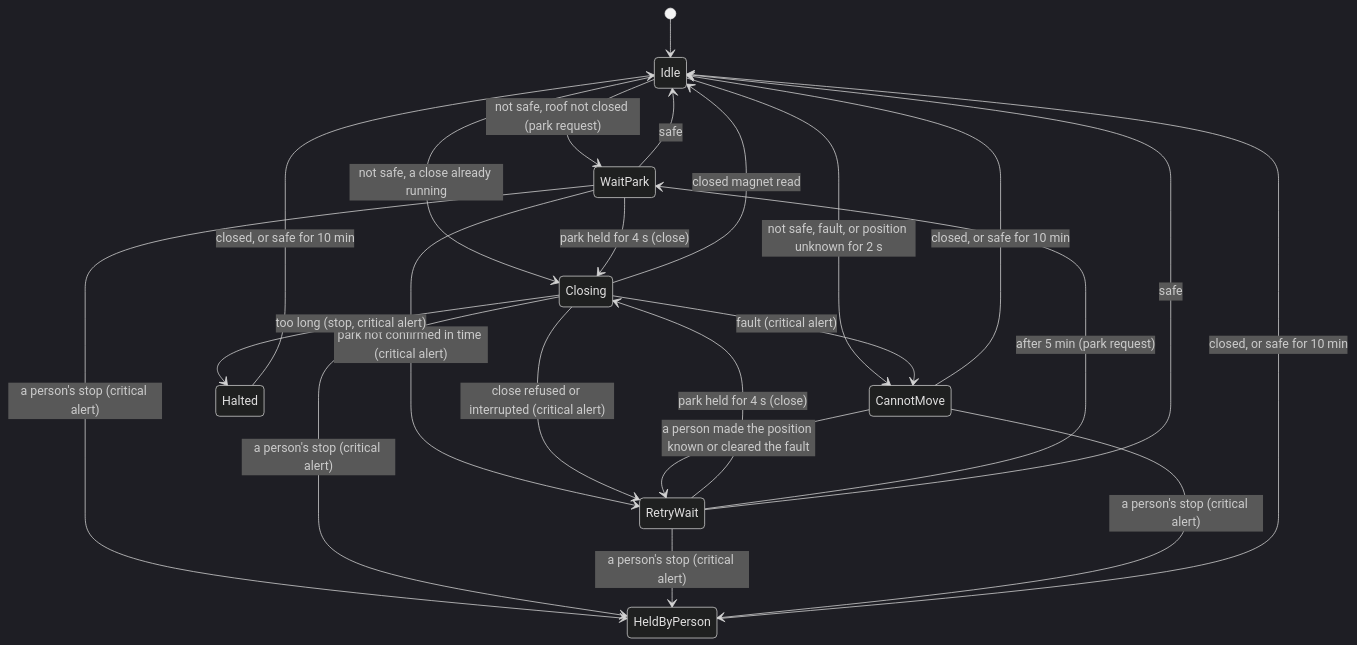
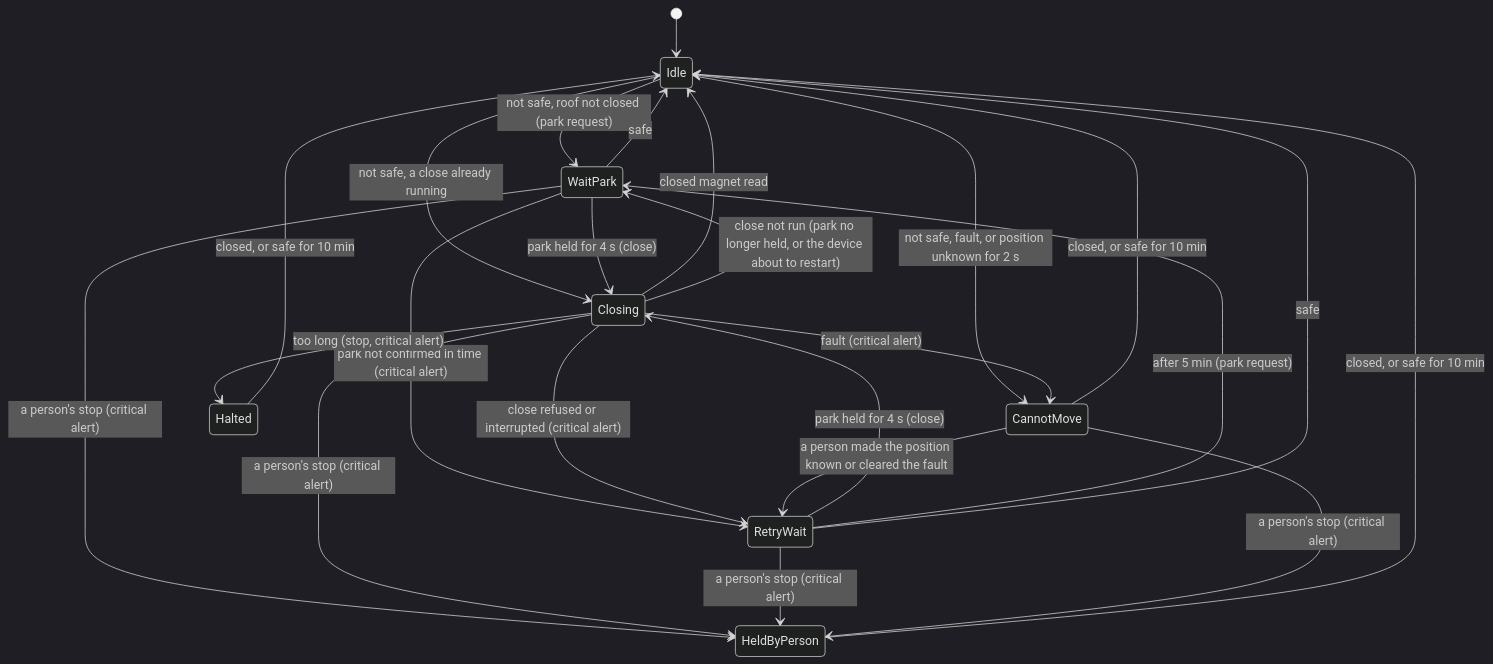
One commit to DeanJ87/RoofRoof changed the diagram in docs/user-guide/close-on-unsafe.md. Above: the diagram before and after it, drawn with Mermaid (dark theme). The commit also changed other lines of this file and 33 other files, not shown here.

Commit message:
010: review round 1 fixes - a committed restart is not a failed close, web UI uploads and scans wait for the close sequence, WiFi changes and scans hold a close, restart timer keeps its plan, no open while the hotspot is on

````diff
--- a/docs/user-guide/close-on-unsafe.md
+++ b/docs/user-guide/close-on-unsafe.md
@@ -33,27 +33,28 @@
 ```mermaid
 stateDiagram-v2
     accTitle: The close on unsafe weather
     accDescr: From idle, an unsafe verdict with the roof not closed starts an attempt that asks N.I.N.A. to park; a roof already closing is only watched. When the park has held for 4 s the roof is closed. Reaching the closed magnet ends the sequence. A park not confirmed in time, a refused, interrupted or too-long close leads to a five-minute wait, during which a confirmed park still closes the roof, then a new attempt. A fault, or a position unknown for 2 s, stands the sequence down until a person acts. A close that outlasts its guard is stopped and the sequence halts. A person's stop (also while it can't move) stands it down; halted and stood-down sequences end when the roof is closed or it has been safe for 10 minutes. A safe verdict before the close ends the sequence; a close already commanded runs to the end.
     [*] --> Idle
     Idle --> WaitPark: not safe, roof not closed (park request)
     Idle --> Closing: not safe, a close already running
     Idle --> CannotMove: not safe, fault, or position unknown for 2 s
     WaitPark --> Closing: park held for 4 s (close)
     WaitPark --> RetryWait: park not confirmed in time (critical alert)
     WaitPark --> Idle: safe
     RetryWait --> Closing: park held for 4 s (close)
     RetryWait --> WaitPark: after 5 min (park request)
     RetryWait --> Idle: safe
     Closing --> Idle: closed magnet read
     Closing --> RetryWait: close refused or interrupted (critical alert)
+    Closing --> WaitPark: close not run (park no longer held, or the device about to restart)
     Closing --> Halted: too long (stop, critical alert)
     Closing --> CannotMove: fault (critical alert)
     WaitPark --> HeldByPerson: a person's stop (critical alert)
     Closing --> HeldByPerson: a person's stop (critical alert)
     RetryWait --> HeldByPerson: a person's stop (critical alert)
     CannotMove --> RetryWait: a person made the position known or cleared the fault
     CannotMove --> HeldByPerson: a person's stop (critical alert)
     CannotMove --> Idle: closed, or safe for 10 min
     HeldByPerson --> Idle: closed, or safe for 10 min
     Halted --> Idle: closed, or safe for 10 min
 ```
````
